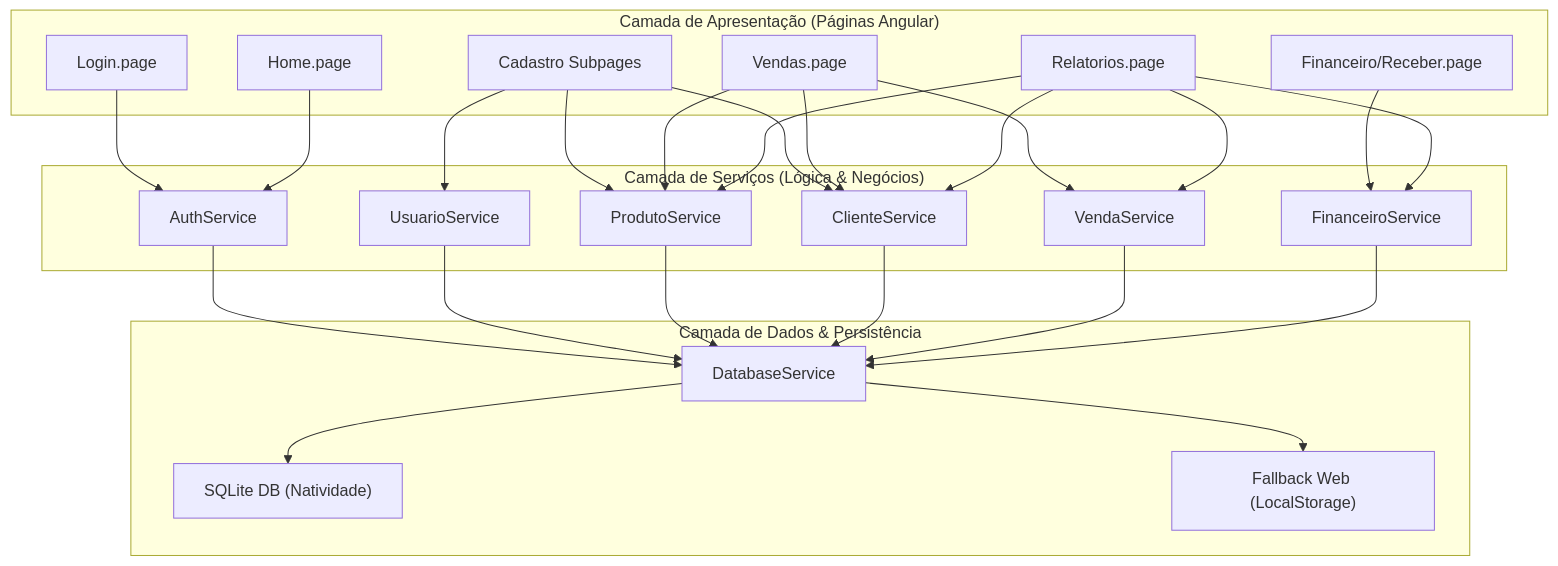
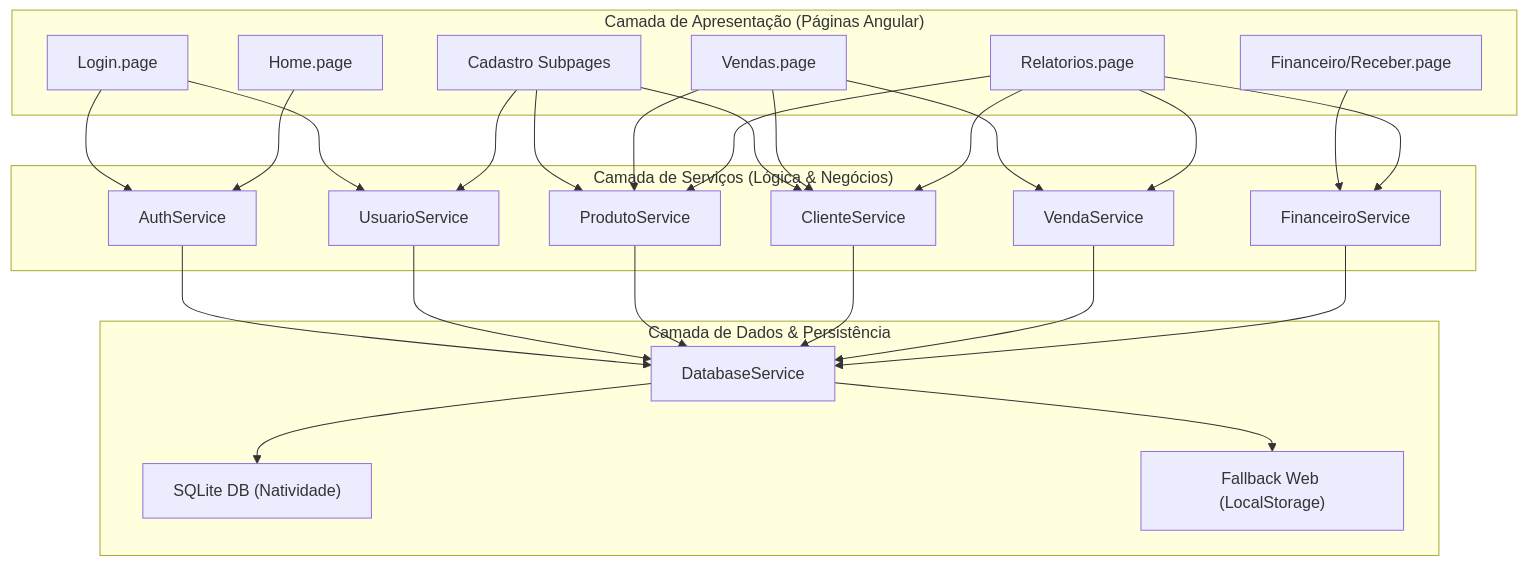
Before and after one commit to EduardoHenrrykSimonato/sistema-gestao-comercial: the first of 9 diagrams in README.md, drawn with Mermaid. The commit also changed other lines of this file and 16 other files, not shown here.

````diff
--- a/README.md
+++ b/README.md
@@ -42,46 +42,46 @@
 ```mermaid
 flowchart TD
     subgraph Apresentacao ["Camada de Apresentação (Páginas Angular)"]
         LoginView["Login.page"]
         HomeView["Home.page"]
         CadastroView["Cadastro Subpages"]
         VendasView["Vendas.page"]
         FinanceiroView["Financeiro/Receber.page"]
         RelatoriosView["Relatorios.page"]
     end
 
     subgraph Servicos ["Camada de Serviços (Lógica & Negócios)"]
         AuthService["AuthService"]
         UsuarioService["UsuarioService"]
         ProdutoService["ProdutoService"]
         ClienteService["ClienteService"]
         VendaService["VendaService"]
         FinanceiroService["FinanceiroService"]
     end
 
     subgraph Dados ["Camada de Dados & Persistência"]
         DatabaseService["DatabaseService"]
         SQLite["SQLite DB (Natividade)"]
         FallbackWeb["Fallback Web (LocalStorage)"]
     end
 
     %% Relações de Apresentação com Serviços
-    LoginView --> AuthService
+    LoginView --> AuthService & UsuarioService
     HomeView --> AuthService
     CadastroView --> UsuarioService & ProdutoService & ClienteService
     VendasView --> VendaService & ClienteService & ProdutoService
     FinanceiroView --> FinanceiroService
     RelatoriosView --> VendaService & FinanceiroService & ProdutoService & ClienteService
 
     %% Relações de Serviços com Database
     AuthService --> DatabaseService
     UsuarioService --> DatabaseService
     ProdutoService --> DatabaseService
     ClienteService --> DatabaseService
     VendaService --> DatabaseService
     FinanceiroService --> DatabaseService
 
     %% Relações de Database com drivers
     DatabaseService --> SQLite
     DatabaseService --> FallbackWeb
 ```
````
